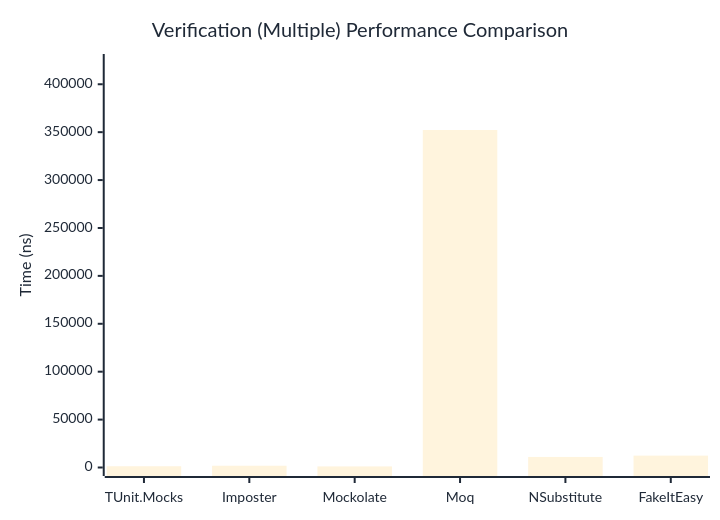
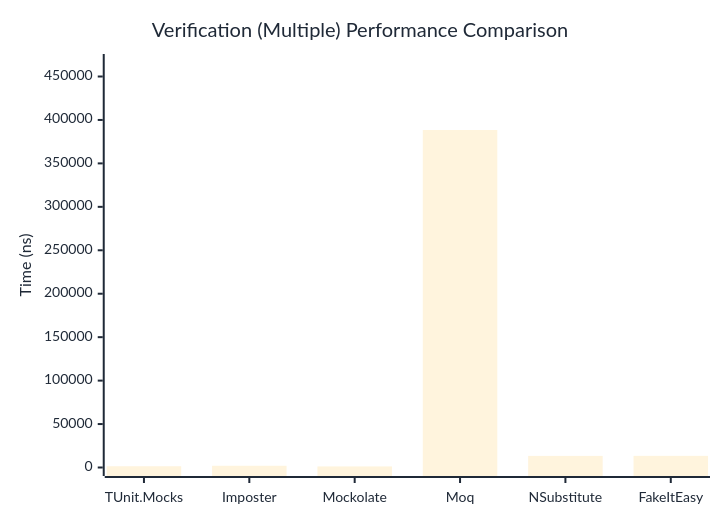
Before and after one commit to thomhurst/TUnit: the third of 3 diagrams in docs/docs/benchmarks/mocks/Verification.md, drawn with Mermaid. The commit also changed other lines of this file and 14 other files, not shown here.

````diff
--- a/docs/docs/benchmarks/mocks/Verification.md
+++ b/docs/docs/benchmarks/mocks/Verification.md
@@ -112,27 +112,27 @@
 ```mermaid
 %%{init: {
   'theme':'base',
   'themeVariables': {
     'primaryColor': '#2563eb',
     'primaryTextColor': '#1f2937',
     'primaryBorderColor': '#1e40af',
     'lineColor': '#6b7280',
     'secondaryColor': '#7c3aed',
     'tertiaryColor': '#dc2626',
     'background': '#ffffff',
     'pie1': '#2563eb',
     'pie2': '#7c3aed',
     'pie3': '#dc2626',
     'pie4': '#f59e0b',
     'pie5': '#10b981',
     'pie6': '#06b6d4',
     'pie7': '#ec4899',
     'pie8': '#6366f1'
   }
 }}%%
 xychart-beta
   title "Verification (Multiple) Performance Comparison"
   x-axis ["TUnit.Mocks", "Imposter", "Mockolate", "Moq", "NSubstitute", "FakeItEasy"]
-  y-axis "Time (ns)" 0 --> 422708
-  bar [1316.45, 1843.45, 1140.49, 352256.02, 11016.18, 12404.47]
+  y-axis "Time (ns)" 0 --> 466120
+  bar [1447.72, 1999.59, 1240.36, 388432.96, 13349.75, 13419.8]
 ```
````
